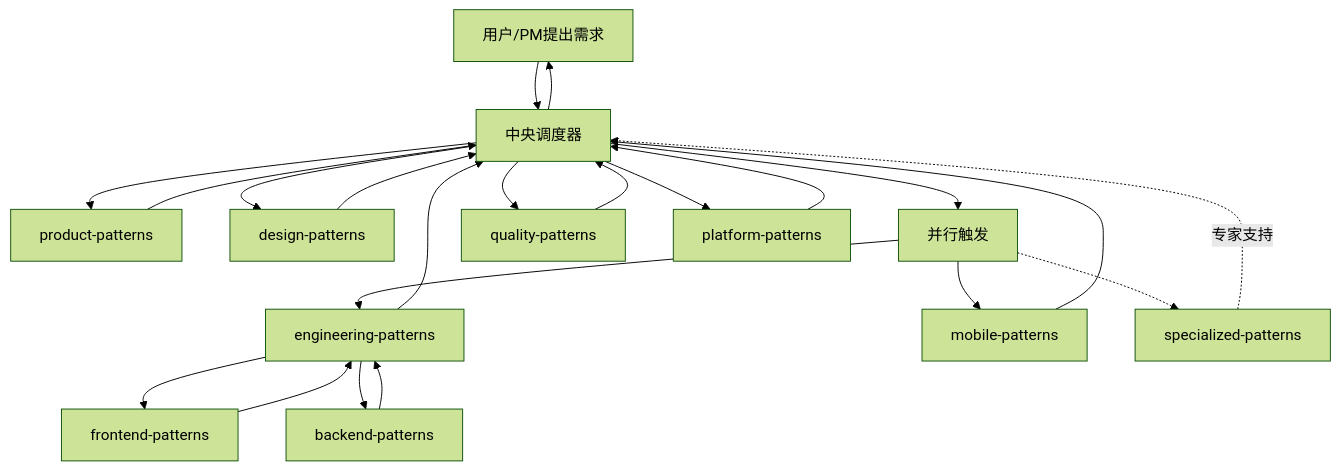
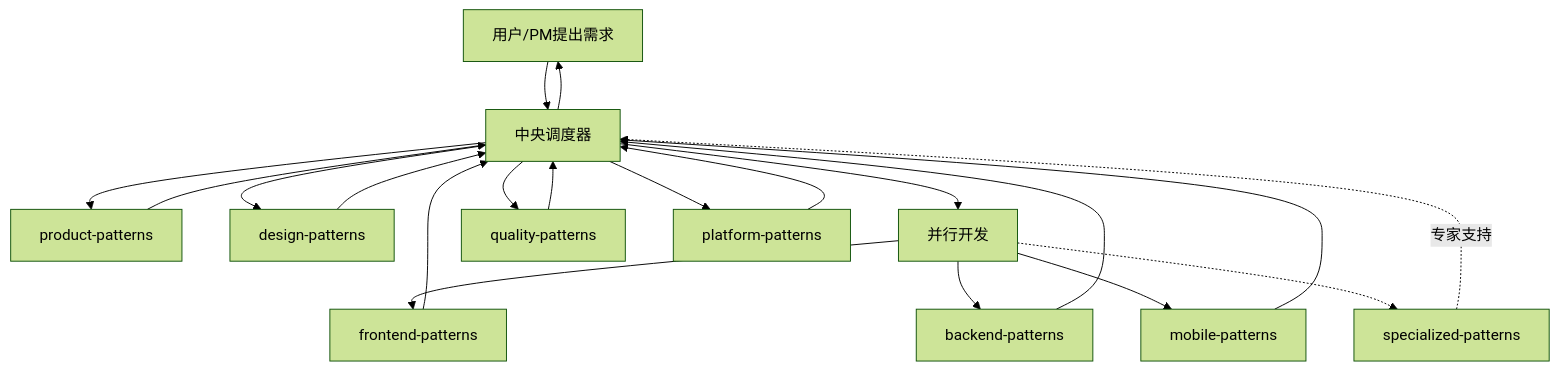
One commit to Tooooommy/Trae-Workflow changed the first of 2 diagrams in agents/orchestrator.md. Above: the diagram before and after it, drawn with Mermaid (forest theme). The commit also changed other lines of this file, not shown here.

First line of the commit message:
refactor(orchestrator): 移除 engineering-patterns 调度层

````diff
--- a/agents/orchestrator.md
+++ b/agents/orchestrator.md
@@ -25,33 +25,29 @@
 ```mermaid
 flowchart TD
     User[用户/PM提出需求] --> Orchestrator[中央调度器]
 
     Orchestrator --> Product[product-patterns]
     Product --> Orchestrator
 
     Orchestrator --> Design[design-patterns]
     Design --> Orchestrator
 
-    Orchestrator --> Parallel[并行触发]
-    Parallel --> Eng[engineering-patterns]
-    Parallel --> Mobile[mobile-patterns]
-    Parallel -.-> Expert[specialized-patterns]
+    Orchestrator --> ParallelDev[并行开发]
+    ParallelDev --> FE[frontend-patterns]
+    ParallelDev --> BE[backend-patterns]
+    ParallelDev --> Mobile[mobile-patterns]
+    ParallelDev -.-> Expert[specialized-patterns]
 
-    Eng --> FE[frontend-patterns]
-    Eng --> BE[backend-patterns]
-
-    Eng --> Orchestrator
-    FE --> Eng
-    BE --> Eng
+    FE --> Orchestrator
+    BE --> Orchestrator
     Mobile --> Orchestrator
+    Expert -. 专家支持 .-> Orchestrator
 
     Orchestrator --> QA[quality-patterns]
     QA --> Orchestrator
 
     Orchestrator --> Ops[platform-patterns]
     Ops --> Orchestrator
 
     Orchestrator --> User
-
-    Expert -. 专家支持 .-> Orchestrator
 ```
````
